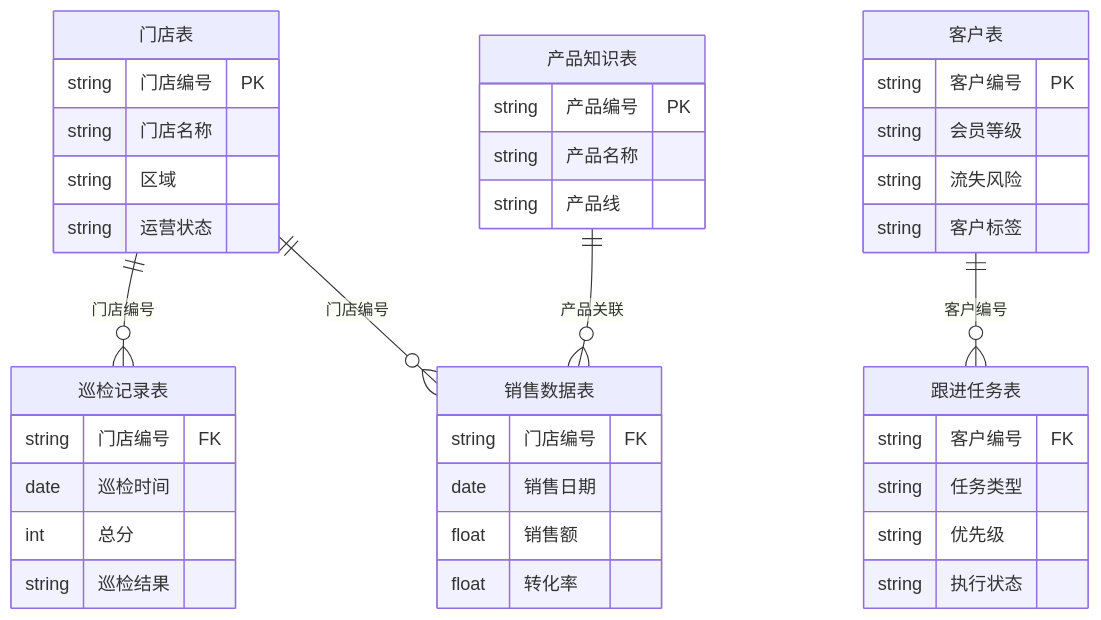
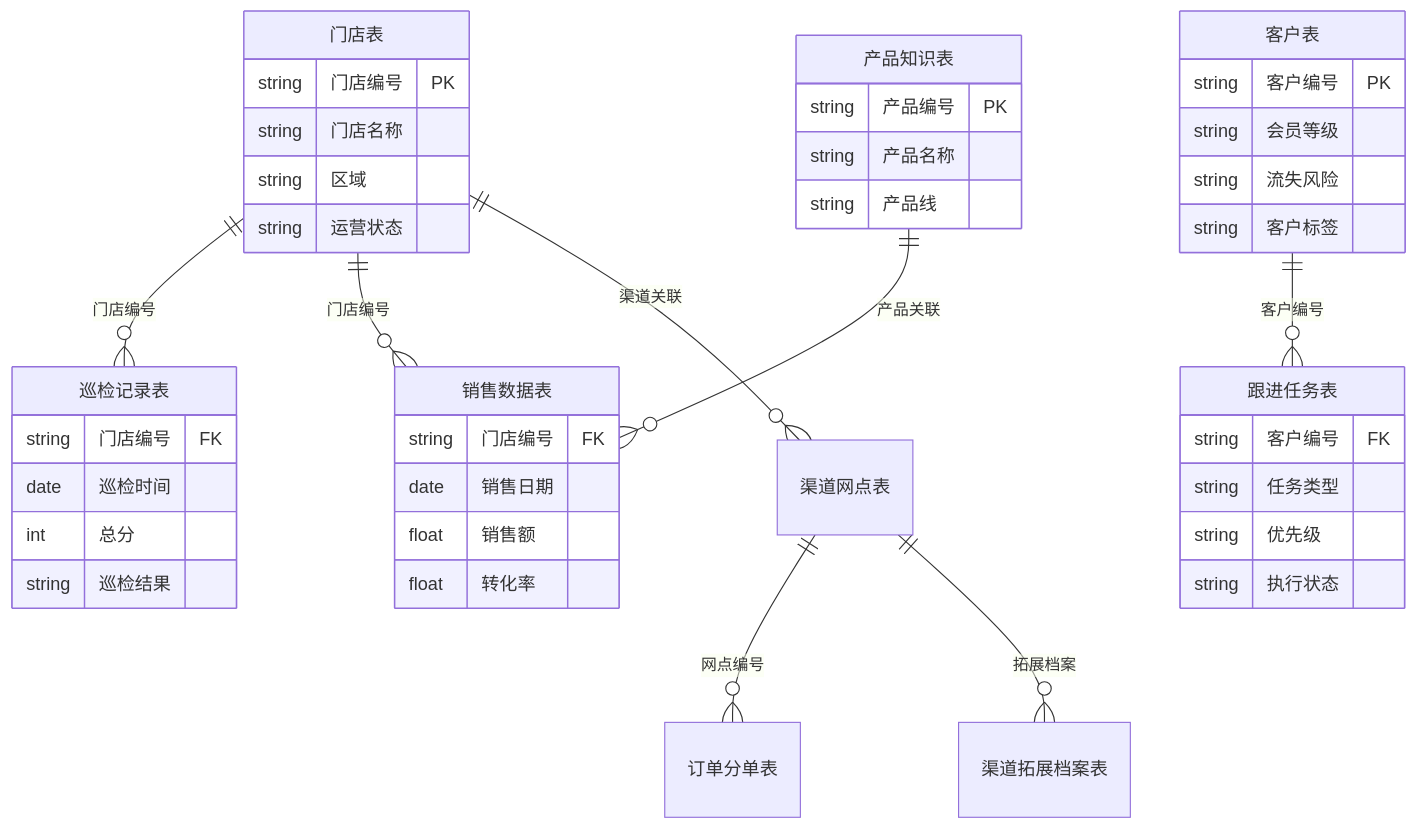
Diagram 11 of 17 in docs/02_技术方案架构设计文档.md (yunmm123/yuhong-smart-store), drawn with Mermaid before and after one commit. The commit also changed other lines of this file and 34 other files, not shown here.

````diff
--- a/docs/02_技术方案架构设计文档.md
+++ b/docs/02_技术方案架构设计文档.md
@@ -548,42 +705,45 @@
 ```mermaid
 erDiagram
     门店表 ||--o{ 巡检记录表 : "门店编号"
     门店表 ||--o{ 销售数据表 : "门店编号"
     客户表 ||--o{ 跟进任务表 : "客户编号"
     产品知识表 ||--o{ 销售数据表 : "产品关联"
+    渠道网点表 ||--o{ 订单分单表 : "网点编号"
+    门店表 ||--o{ 渠道网点表 : "渠道关联"
+    渠道网点表 ||--o{ 渠道拓展档案表 : "拓展档案"
     门店表 {
         string 门店编号 PK
         string 门店名称
         string 区域
         string 运营状态
     }
     巡检记录表 {
         string 门店编号 FK
         date 巡检时间
         int 总分
         string 巡检结果
     }
     销售数据表 {
         string 门店编号 FK
         date 销售日期
         float 销售额
         float 转化率
     }
     客户表 {
         string 客户编号 PK
         string 会员等级
         string 流失风险
         string 客户标签
     }
     跟进任务表 {
         string 客户编号 FK
         string 任务类型
         string 优先级
         string 执行状态
     }
     产品知识表 {
         string 产品编号 PK
         string 产品名称
         string 产品线
     }
 ```
````
